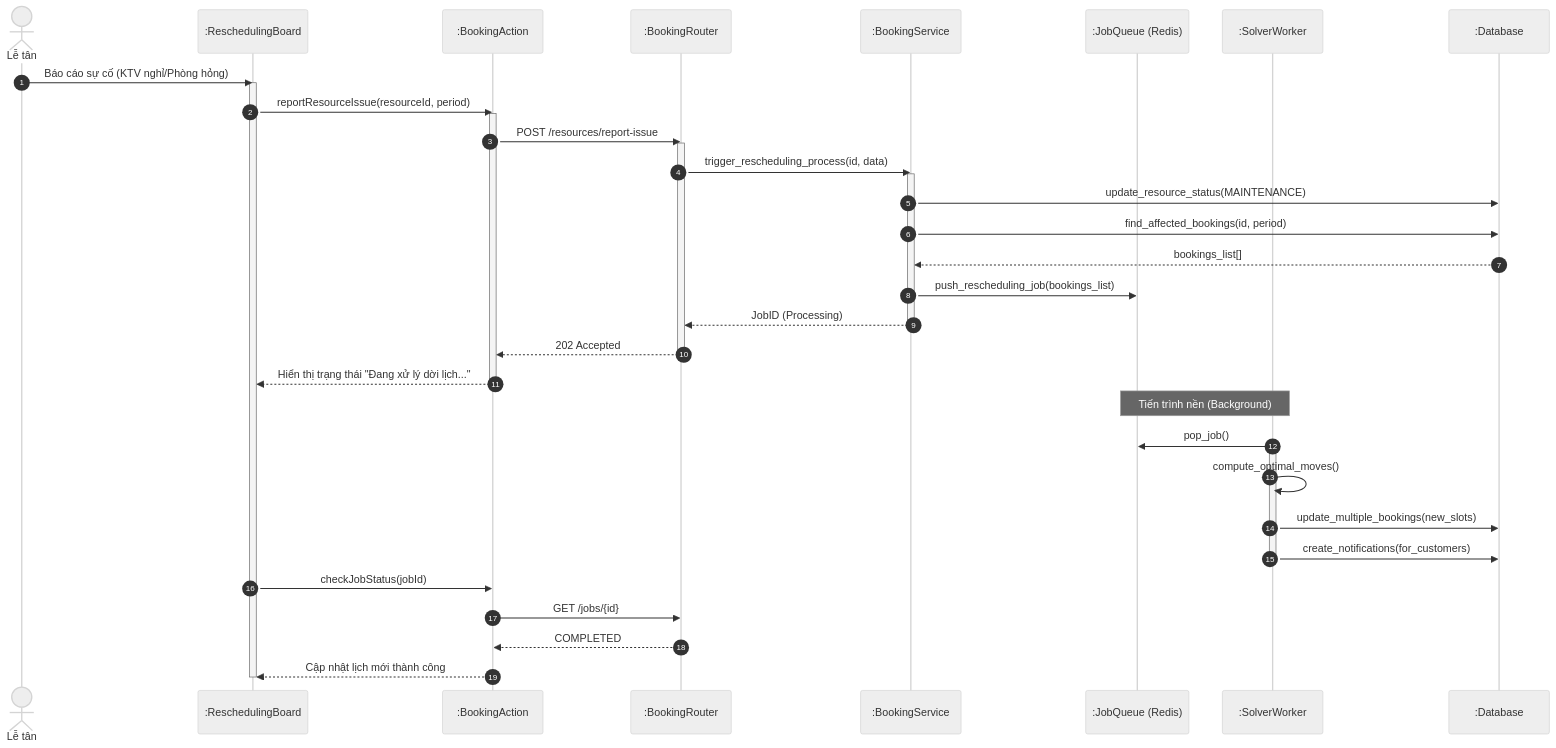
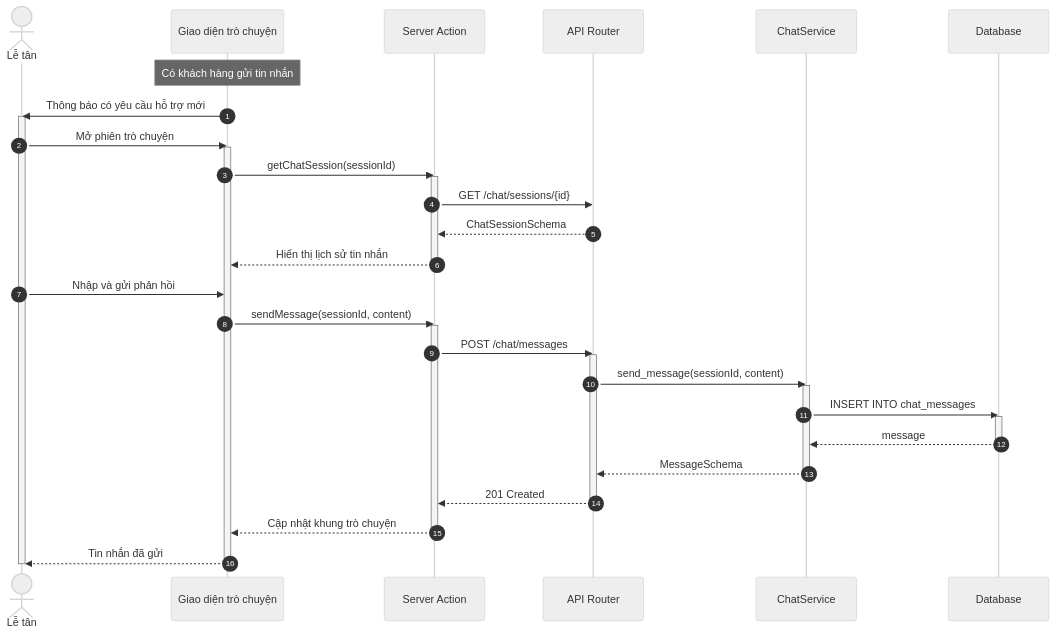
One commit to ngoctinn/Synapse changed the sixth of 7 diagrams in docs/design/sequences/receptionist_flows.md. Above: the diagram before and after it, drawn with Mermaid (neutral theme). The commit also changed other lines of this file and 11 other files, not shown here.

Commit message:
docs: Add initial design documentation, including architecture, UI, use cases, and detailed sequence diagrams for various user flows.

````diff
--- a/docs/design/sequences/receptionist_flows.md
+++ b/docs/design/sequences/receptionist_flows.md
@@ -237,50 +296,51 @@
 ```mermaid
 sequenceDiagram
     autonumber
     actor LT as Lễ tân
-    participant UI as :ReschedulingBoard
-    participant BFF as :BookingAction
-    participant API as :BookingRouter
-    participant S as :BookingService
-    participant REDIS as :JobQueue (Redis)
-    participant WORKER as :SolverWorker
-    participant DB as :Database
+    participant UI as Giao diện trò chuyện
+    participant BFF as Server Action
+    participant API as API Router
+    participant S as ChatService
+    participant DB as Database
 
-    LT->>UI: Báo cáo sự cố (KTV nghỉ/Phòng hỏng)
+    Note over UI: Có khách hàng gửi tin nhắn
+    UI->>LT: Thông báo có yêu cầu hỗ trợ mới
+    activate LT
+
+    LT->>UI: Mở phiên trò chuyện
     activate UI
-    UI->>BFF: reportResourceIssue(resourceId, period)
+    UI->>BFF: getChatSession(sessionId)
+    activate BFF
+    BFF->>API: GET /chat/sessions/{id}
+    API-->>BFF: ChatSessionSchema
+    BFF-->>UI: Hiển thị lịch sử tin nhắn
+    deactivate BFF
+
+    LT->>UI: Nhập và gửi phản hồi
+    UI->>BFF: sendMessage(sessionId, content)
     activate BFF
 
-    BFF->>API: POST /resources/report-issue
+    BFF->>API: POST /chat/messages
     activate API
 
-    API->>S: trigger_rescheduling_process(id, data)
+    API->>S: send_message(sessionId, content)
     activate S
 
-    S->>DB: update_resource_status(MAINTENANCE)
-    S->>DB: find_affected_bookings(id, period)
-    DB-->>S: bookings_list[]
+    S->>DB: INSERT INTO chat_messages
+    activate DB
+    DB-->>S: message
+    deactivate DB
 
-    S->>REDIS: push_rescheduling_job(bookings_list)
-    S-->>API: JobID (Processing)
+    S-->>API: MessageSchema
     deactivate S
 
-    API-->>BFF: 202 Accepted
+    API-->>BFF: 201 Created
     deactivate API
-    BFF-->>UI: Hiển thị trạng thái "Đang xử lý dời lịch..."
+
+    BFF-->>UI: Cập nhật khung trò chuyện
     deactivate BFF
 
-    Note over WORKER, REDIS: Tiến trình nền (Background)
-    WORKER->>REDIS: pop_job()
-    activate WORKER
-    WORKER->>WORKER: compute_optimal_moves()
-    WORKER->>DB: update_multiple_bookings(new_slots)
-    WORKER->>DB: create_notifications(for_customers)
-    deactivate WORKER
-
-    UI->>BFF: checkJobStatus(jobId)
-    BFF->>API: GET /jobs/{id}
-    API-->>BFF: COMPLETED
-    BFF-->>UI: Cập nhật lịch mới thành công
+    UI-->>LT: Tin nhắn đã gửi
     deactivate UI
+    deactivate LT
 ```
````
